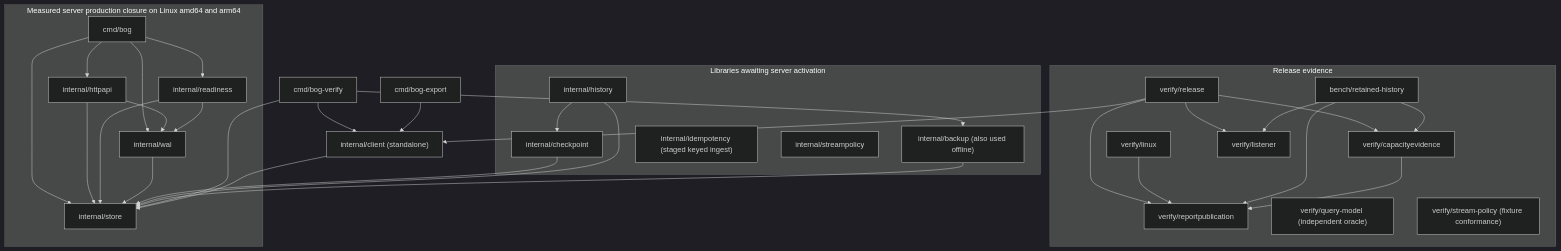
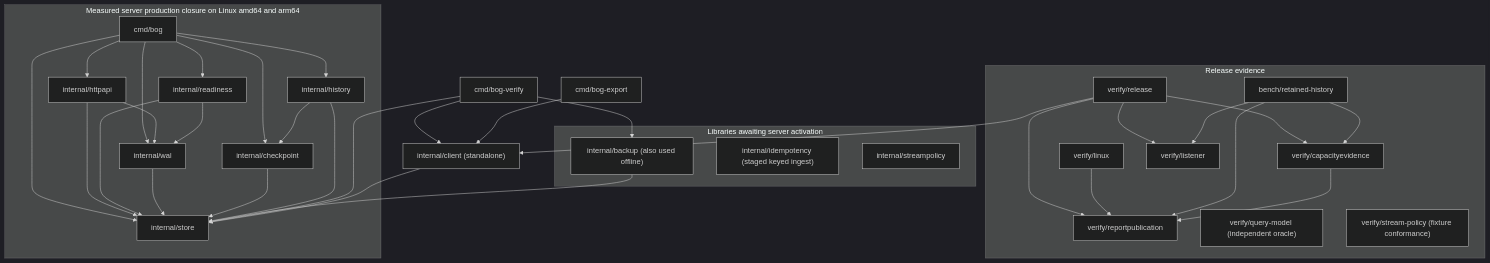
The diagram in docs/architecture/SYSTEM.md (tflynn3/bog), drawn with Mermaid (dark theme) before and after one commit. The commit also changed other lines of this file and 29 other files, not shown here.

````diff
--- a/docs/architecture/SYSTEM.md
+++ b/docs/architecture/SYSTEM.md
@@ -49,57 +47,59 @@
 ```mermaid
 flowchart TD
     subgraph Runtime["Measured server production closure on Linux amd64 and arm64"]
         Cmd["cmd/bog"]
         HTTP["internal/httpapi"]
         Ready["internal/readiness"]
         WAL["internal/wal"]
         Store["internal/store"]
+        Checkpoint["internal/checkpoint"]
+        History["internal/history"]
+        Cmd --> Checkpoint
+        Cmd --> History
         Cmd --> HTTP
         Cmd --> Ready
         Cmd --> WAL
         Cmd --> Store
         HTTP --> WAL
         HTTP --> Store
         Ready --> WAL
         Ready --> Store
         WAL --> Store
+        Checkpoint --> Store
+        History --> Store
+        History --> Checkpoint
     end
     Operator["cmd/bog-verify"]
     Export["cmd/bog-export"]
     subgraph Staged["Libraries awaiting server activation"]
-        Checkpoint["internal/checkpoint"]
-        History["internal/history"]
         Backup["internal/backup (also used offline)"]
         Idempotency["internal/idempotency (staged keyed ingest)"]
         StreamPolicyEngine["internal/streampolicy"]
-        History --> Checkpoint
     end
     Client["internal/client (standalone)"]
-    Checkpoint --> Store
-    History --> Store
     Backup --> Store
     Operator --> Backup
     Operator --> Client
     Operator --> Store
     Export --> Client
     Client --> Store
     subgraph Evidence["Release evidence"]
         Admission["verify/release"]
         Durability["verify/linux"]
         Capacity["bench/retained-history"]
         CapacityEvidence["verify/capacityevidence"]
         ReportPublication["verify/reportpublication"]
         Listener["verify/listener"]
         Model["verify/query-model (independent oracle)"]
         StreamPolicy["verify/stream-policy (fixture conformance)"]
         Admission --> Listener
         Capacity --> Listener
         Admission --> CapacityEvidence
         Capacity --> CapacityEvidence
         Admission --> ReportPublication
         Durability --> ReportPublication
         Capacity --> ReportPublication
         CapacityEvidence --> ReportPublication
     end
     Admission --> Client
 ```
````
